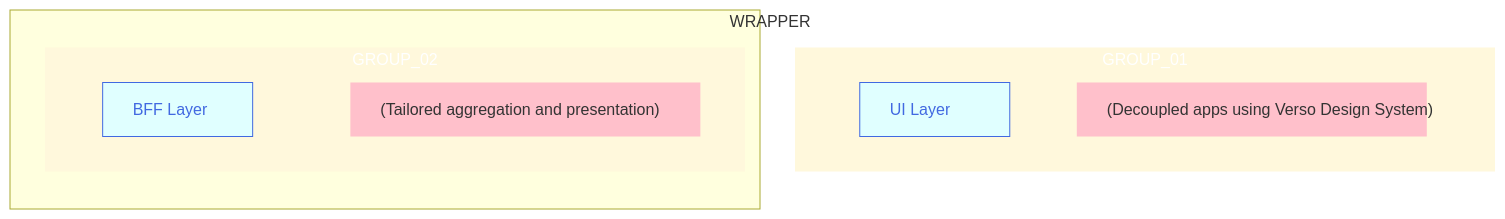
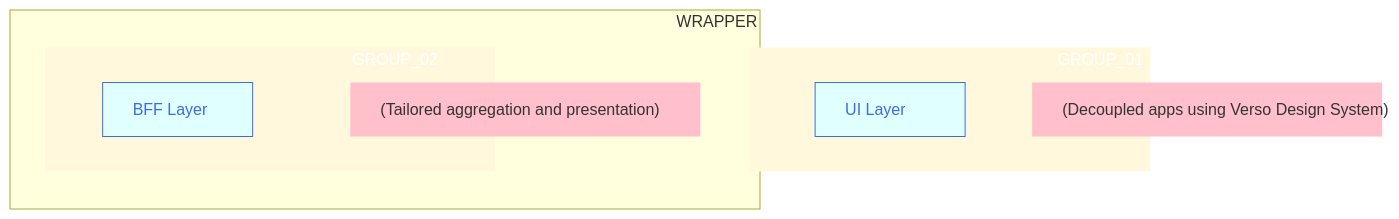
Before and after one commit to joe-dorward/samples: the diagram in buttons_mermaid_v5.md, drawn with Mermaid.

````diff
--- a/buttons_mermaid_v5.md
+++ b/buttons_mermaid_v5.md
@@ -3,47 +3,47 @@
 ```mermaid
   %%{
     init: {
       "flowchart": { "markdownAutoWrap":"false", "textWrap":"false", "textAlign":"left", "wrappingWidth": "100%" }
     }
   }%%
   flowchart TD
 
   classDef Button fill:lightcyan, stroke:royalblue, color:royalblue, width:150px
   classDef Note fill:pink, stroke-width:0px, width:350px, margin:0px
   %% ---------- ---------- ---------- ---------- ---------- ---------- ---------- ---------- ---------- ----------
 subgraph WRAPPER
   direction TD
 
   subgraph GROUP_01
     %%direction LR
 
     BUTTON_01_NOTE["(Decoupled apps using Verso Design System)"]:::Note
     BUTTON_01["UI Layer"]:::Button
     click BUTTON_01 "https://en.wikipedia.org/wiki/Main_Page" _blank
 
     BUTTON_01~~~
     BUTTON_01_NOTE
   end
   %% ---------- ---------- ---------- ---------- ---------- ---------- ---------- ---------- ---------- ----------
   subgraph GROUP_02
     %%direction LR
 
     BUTTON_02_NOTE["(Tailored aggregation and presentation)"]:::Note
     BUTTON_02["BFF Layer"]:::Button
     click BUTTON_02 "https://en.wikipedia.org/wiki/Main_Page" _blank
 
     BUTTON_02~~~
     BUTTON_02_NOTE
   end
 end
   %% ---------- ---------- ---------- ---------- ---------- ---------- ---------- ---------- ---------- ----------
 
 %%GROUP_01-.-GROUP_02
 
 %%BUTTON_01-->BUTTON_02
 
-  style GROUP_01 fill:cornsilk, color:white, stroke-width:0px
-  style GROUP_02 fill:cornsilk, color:white, stroke-width:0px
+  style GROUP_01 fill:cornsilk, color:white, stroke-width:0px, width:400px
+  style GROUP_02 fill:cornsilk, color:white, stroke-width:0px, width:450px
 
   style WRAPPER width:750px
 ```
````
